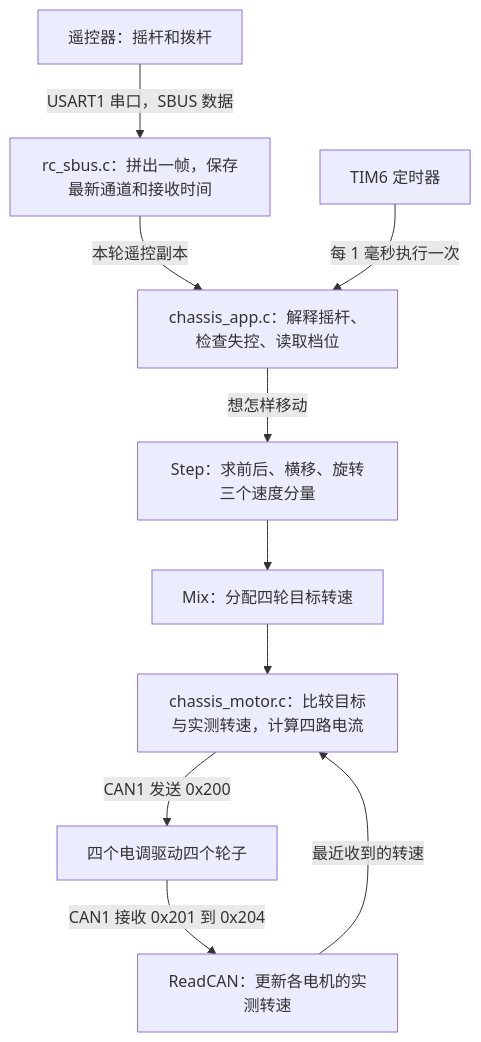
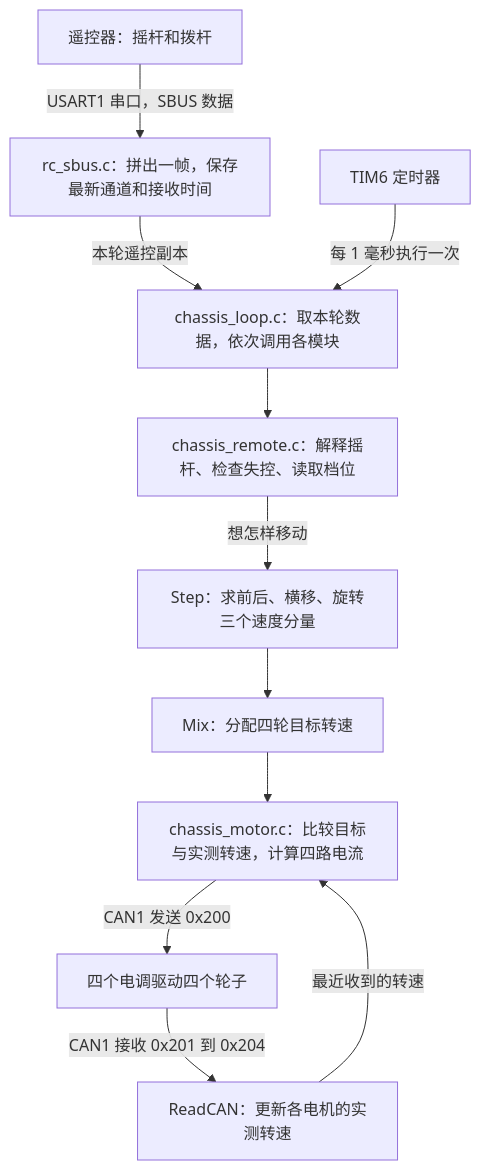
The first of 2 diagrams in README.md (ny-illusion/chaoxi_chassis), drawn with Mermaid before and after one commit. The commit also changed other lines of this file and 14 other files, not shown here.

````diff
--- a/README.md
+++ b/README.md
@@ -7,12 +7,13 @@
 ```mermaid
 flowchart TD
     R["遥控器：摇杆和拨杆"] -->|"USART1 串口，SBUS 数据"| S["rc_sbus.c：拼出一帧，保存最新通道和接收时间"]
-    S -->|"本轮遥控副本"| A["chassis_app.c：解释摇杆、检查失控、读取档位"]
+    S -->|"本轮遥控副本"| A["chassis_loop.c：取本轮数据，依次调用各模块"]
     T["TIM6 定时器"] -->|"每 1 毫秒执行一次"| A
-    A -->|"想怎样移动"| C["Step：求前后、横移、旋转三个速度分量"]
+    A --> B["chassis_remote.c：解释摇杆、检查失控、读取档位"]
+    B -->|"想怎样移动"| C["Step：求前后、横移、旋转三个速度分量"]
     C --> M["Mix：分配四轮目标转速"]
     M --> P["chassis_motor.c：比较目标与实测转速，计算四路电流"]
     P -->|"CAN1 发送 0x200"| W["四个电调驱动四个轮子"]
     W -->|"CAN1 接收 0x201 到 0x204"| F["ReadCAN：更新各电机的实测转速"]
     F -->|"最近收到的转速"| P
 ```
````
